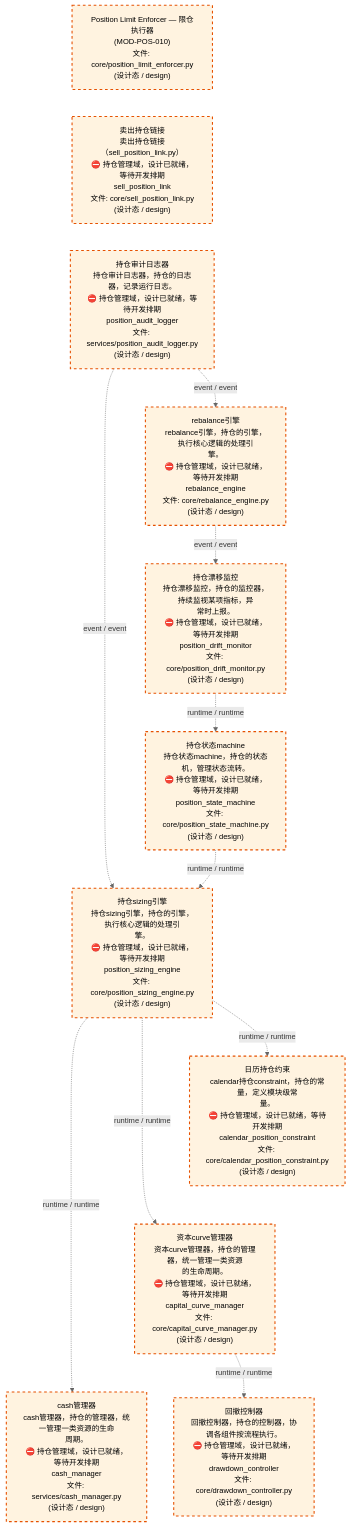
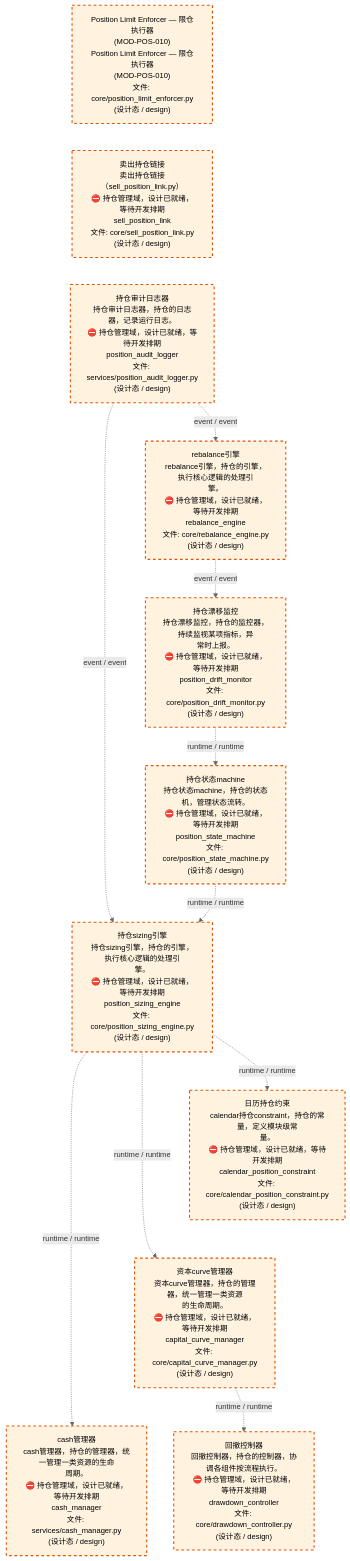
The third of 4 diagrams in docs/02_enterprise_architecture/02_domain_architecture_docs/64_d_position.md (xuanFelixVan/ZephyrAlpha), drawn with Mermaid before and after one commit. The commit also changed other lines of this file and 12 other files, not shown here.

````diff
--- a/docs/02_enterprise_architecture/02_domain_architecture_docs/64_d_position.md
+++ b/docs/02_enterprise_architecture/02_domain_architecture_docs/64_d_position.md
@@ -118,33 +118,33 @@
 ```mermaid
 %%{init: {'theme': 'base', 'themeVariables': {'primaryColor': '#eaeaea', 'primaryTextColor': '#333333', 'primaryBorderColor': '#666666', 'lineColor': '#666666', 'secondaryColor': '#eaeaea', 'tertiaryColor': '#eaeaea', 'fontSize': '14px'}}}%%
 flowchart TD
-    src_zephyr_position_core_position_limit_enforcer_py["Position Limit Enforcer — 限仓执行器<br/>(MOD-POS-010)<br/>文件: core/position_limit_enforcer.py<br/>(设计态 / design)"]
+    src_zephyr_position_core_position_limit_enforcer_py["Position Limit Enforcer — 限仓执行器<br/>(MOD-POS-010)<br/>Position Limit Enforcer — 限仓执行器<br/>(MOD-POS-010)<br/>文件: core/position_limit_enforcer.py<br/>(设计态 / design)"]
     src_zephyr_position_core_sell_position_link_py["卖出持仓链接<br/>卖出持仓链接（sell_position_link.py）<br/>⛔ 持仓管理域，设计已就绪，等待开发排期<br/>sell_position_link<br/>文件: core/sell_position_link.py<br/>(设计态 / design)"]
     src_zephyr_position_services_position_audit_logger_py["持仓审计日志器<br/>持仓审计日志器，持仓的日志器，记录运行日志。<br/>⛔ 持仓管理域，设计已就绪，等待开发排期<br/>position_audit_logger<br/>文件: services/position_audit_logger.py<br/>(设计态 / design)"]
     src_zephyr_position_core_position_limit_enforcer_py ~~~ src_zephyr_position_core_sell_position_link_py
     src_zephyr_position_core_sell_position_link_py ~~~ src_zephyr_position_services_position_audit_logger_py
     src_zephyr_position_core_rebalance_engine_py["rebalance引擎<br/>rebalance引擎，持仓的引擎，执行核心逻辑的处理引<br/>擎。<br/>⛔ 持仓管理域，设计已就绪，等待开发排期<br/>rebalance_engine<br/>文件: core/rebalance_engine.py<br/>(设计态 / design)"]
     src_zephyr_position_core_position_drift_monitor_py["持仓漂移监控<br/>持仓漂移监控，持仓的监控器，持续监视某项指标，异<br/>常时上报。<br/>⛔ 持仓管理域，设计已就绪，等待开发排期<br/>position_drift_monitor<br/>文件: core/position_drift_monitor.py<br/>(设计态 / design)"]
     src_zephyr_position_core_position_state_machine_py["持仓状态machine<br/>持仓状态machine，持仓的状态机，管理状态流转。<br/>⛔ 持仓管理域，设计已就绪，等待开发排期<br/>position_state_machine<br/>文件: core/position_state_machine.py<br/>(设计态 / design)"]
     src_zephyr_position_core_position_sizing_engine_py["持仓sizing引擎<br/>持仓sizing引擎，持仓的引擎，执行核心逻辑的处理引<br/>擎。<br/>⛔ 持仓管理域，设计已就绪，等待开发排期<br/>position_sizing_engine<br/>文件: core/position_sizing_engine.py<br/>(设计态 / design)"]
     src_zephyr_position_core_calendar_position_constraint_py["日历持仓约束<br/>calendar持仓constraint，持仓的常量，定义模块级常<br/>量。<br/>⛔ 持仓管理域，设计已就绪，等待开发排期<br/>calendar_position_constraint<br/>文件: core/calendar_position_constraint.py<br/>(设计态 / design)"]
     src_zephyr_position_core_capital_curve_manager_py["资本curve管理器<br/>资本curve管理器，持仓的管理器，统一管理一类资源<br/>的生命周期。<br/>⛔ 持仓管理域，设计已就绪，等待开发排期<br/>capital_curve_manager<br/>文件: core/capital_curve_manager.py<br/>(设计态 / design)"]
     src_zephyr_position_services_cash_manager_py["cash管理器<br/>cash管理器，持仓的管理器，统一管理一类资源的生命<br/>周期。<br/>⛔ 持仓管理域，设计已就绪，等待开发排期<br/>cash_manager<br/>文件: services/cash_manager.py<br/>(设计态 / design)"]
     src_zephyr_position_core_calendar_position_constraint_py ~~~ src_zephyr_position_core_capital_curve_manager_py
     src_zephyr_position_core_capital_curve_manager_py ~~~ src_zephyr_position_services_cash_manager_py
     src_zephyr_position_core_drawdown_controller_py["回撤控制器<br/>回撤控制器，持仓的控制器，协调各组件按流程执行。<br/>⛔ 持仓管理域，设计已就绪，等待开发排期<br/>drawdown_controller<br/>文件: core/drawdown_controller.py<br/>(设计态 / design)"]
     src_zephyr_position_core_position_sizing_engine_py -.->|runtime / runtime| src_zephyr_position_services_cash_manager_py
     src_zephyr_position_core_position_sizing_engine_py -.->|runtime / runtime| src_zephyr_position_core_capital_curve_manager_py
     src_zephyr_position_core_position_sizing_engine_py -.->|runtime / runtime| src_zephyr_position_core_calendar_position_constraint_py
     src_zephyr_position_core_position_state_machine_py -.->|runtime / runtime| src_zephyr_position_core_position_sizing_engine_py
     src_zephyr_position_core_position_drift_monitor_py -.->|runtime / runtime| src_zephyr_position_core_position_state_machine_py
     src_zephyr_position_core_rebalance_engine_py -.->|event / event| src_zephyr_position_core_position_drift_monitor_py
     src_zephyr_position_core_capital_curve_manager_py -.->|runtime / runtime| src_zephyr_position_core_drawdown_controller_py
     src_zephyr_position_services_position_audit_logger_py -.->|event / event| src_zephyr_position_core_position_sizing_engine_py
     src_zephyr_position_services_position_audit_logger_py -.->|event / event| src_zephyr_position_core_rebalance_engine_py
     classDef production fill:#e1f5fe,stroke:#01579b,stroke-width:2px,color:#000
     classDef design fill:#fff3e0,stroke:#e65100,stroke-width:2px,color:#000,stroke-dasharray: 5 5
     classDef external_prod fill:#e8f4fd,stroke:#0277bd,stroke-width:1px,color:#000
     classDef external_design fill:#fff8e7,stroke:#ef6c00,stroke-width:1px,color:#000,stroke-dasharray: 5 5
     class src_zephyr_position_core_calendar_position_constraint_py,src_zephyr_position_core_capital_curve_manager_py,src_zephyr_position_core_drawdown_controller_py,src_zephyr_position_core_position_drift_monitor_py,src_zephyr_position_core_position_limit_enforcer_py,src_zephyr_position_core_position_sizing_engine_py,src_zephyr_position_core_position_state_machine_py,src_zephyr_position_core_rebalance_engine_py,src_zephyr_position_core_sell_position_link_py,src_zephyr_position_services_cash_manager_py,src_zephyr_position_services_position_audit_logger_py design
 ```
````
